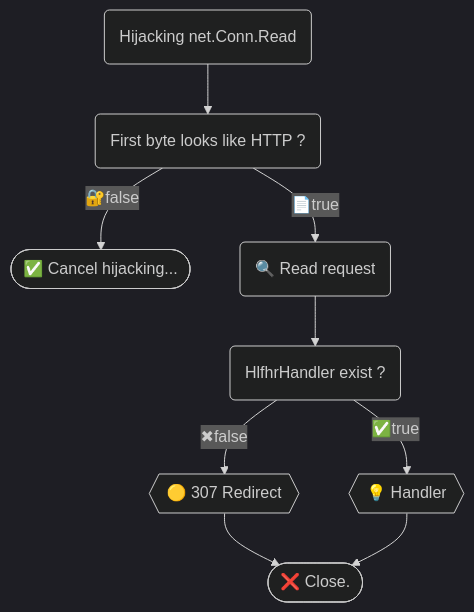
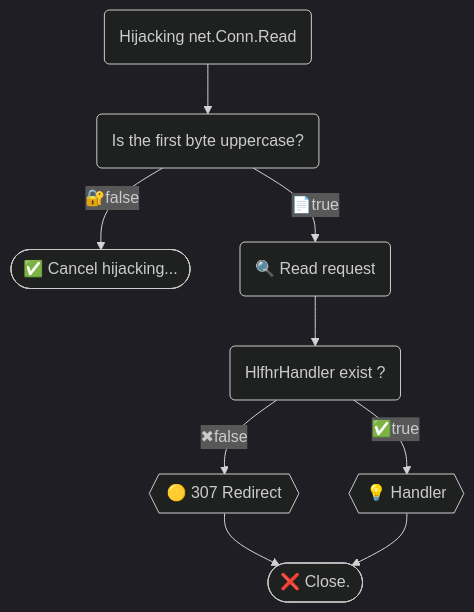
The diagram in README.md (bddjr/hlfhr), drawn with Mermaid (dark theme) before and after one commit. The commit also changed 2 other files, not shown here.

Commit message:
Support any future uppercase HTTP methods, including QUERY. (#27)

````diff
--- a/README.md
+++ b/README.md
@@ -54,24 +54,24 @@
 ```mermaid
 flowchart TD
 	Read("Hijacking net.Conn.Read")
 
-	IsLooksLikeHTTP("First byte looks like HTTP ?")
+	IsUpperCase("Is the first byte uppercase?")
 
 	CancelHijacking(["✅ Cancel hijacking..."])
 
 	ReadRequest("🔍 Read request")
 
 	IsHandlerExist("HlfhrHandler exist ?")
 
 	Redirect{{"🟡 307 Redirect"}}
 
 	Handler{{"💡 Handler"}}
 
 	Close(["❌ Close."])
 
-    Read --> IsLooksLikeHTTP
-    IsLooksLikeHTTP -- "🔐false" --> CancelHijacking
-    IsLooksLikeHTTP -- "📄true" --> ReadRequest --> IsHandlerExist
+    Read --> IsUpperCase
+    IsUpperCase -- "🔐false" --> CancelHijacking
+    IsUpperCase -- "📄true" --> ReadRequest --> IsHandlerExist
 	IsHandlerExist -- "✖false" --> Redirect --> Close
 	IsHandlerExist -- "✅true" --> Handler --> Close
 ```
````
